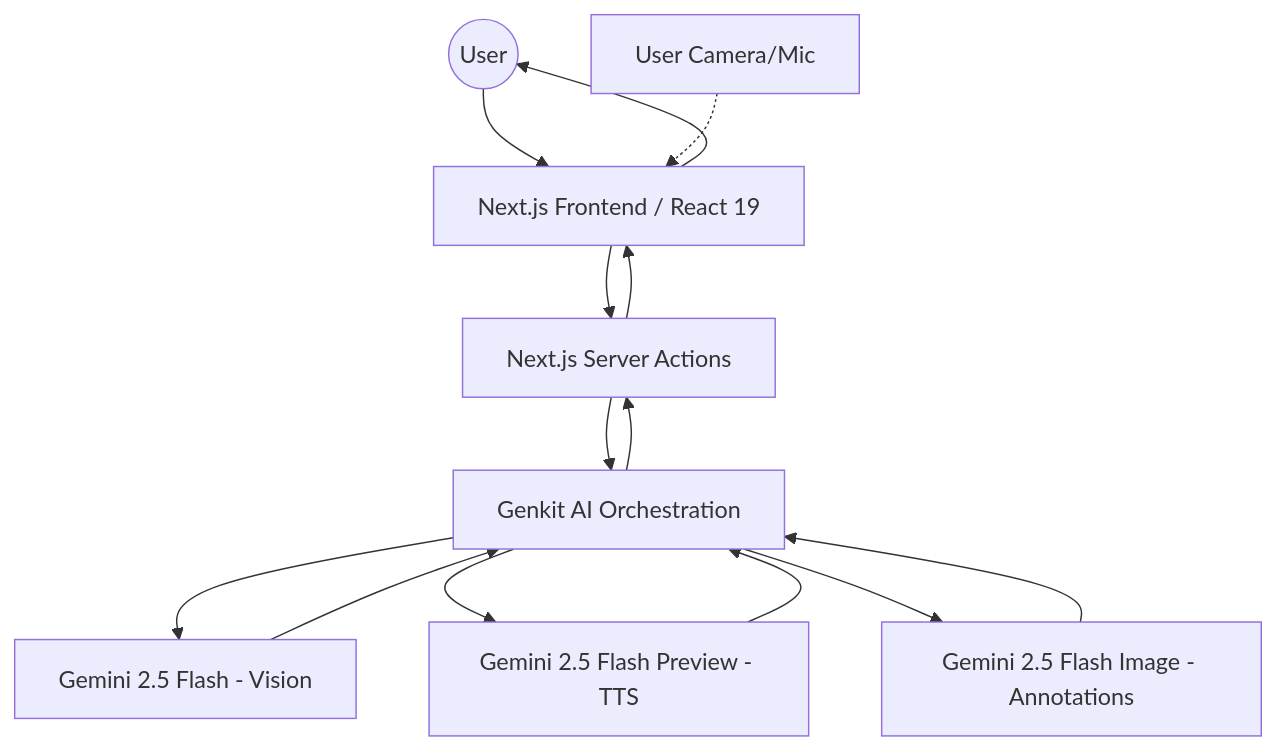
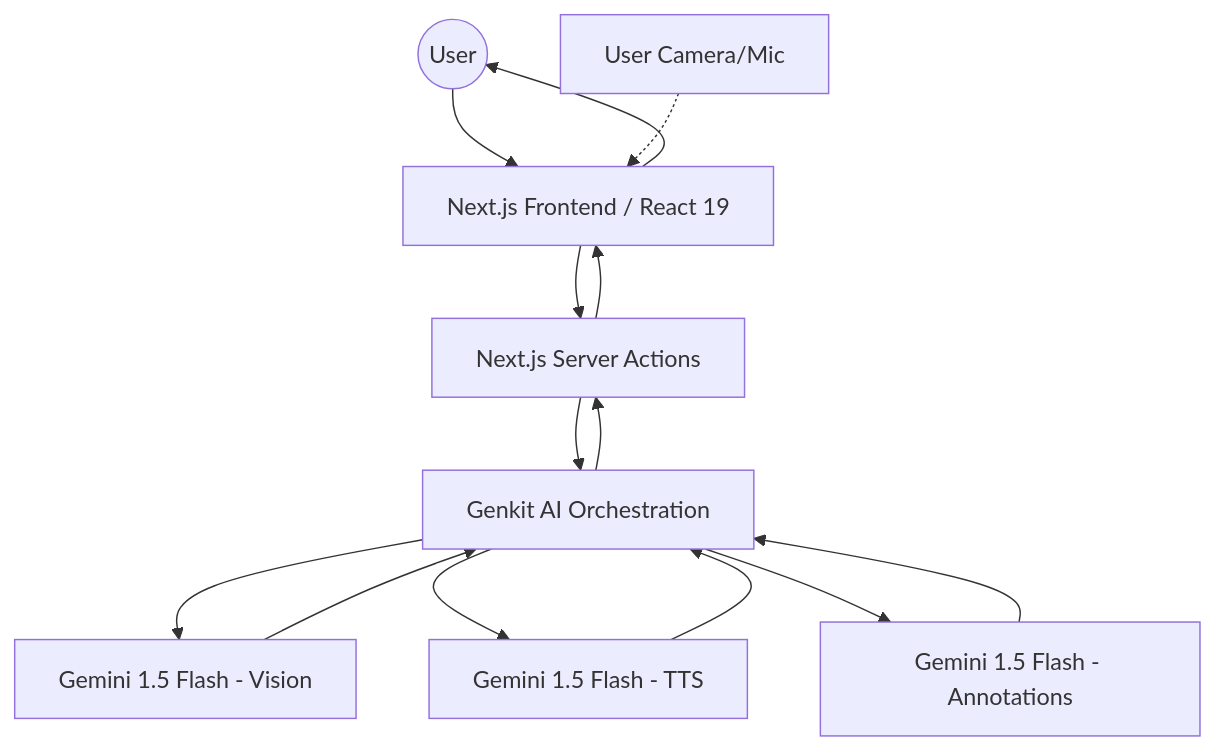
The diagram in README.md (QuisTech/buddy-ai), drawn with Mermaid before and after one commit. The commit also changed other lines of this file and 9 other files, not shown here.

````diff
--- a/README.md
+++ b/README.md
@@ -26,25 +26,25 @@
 ```mermaid
 graph TD
     User((User))
     Webcam[User Camera/Mic]
     Browser[Next.js Frontend / React 19]
     Server[Next.js Server Actions]
     Genkit[Genkit AI Orchestration]
-    GeminiVision[Gemini 2.5 Flash - Vision]
-    GeminiTTS[Gemini 2.5 Flash Preview - TTS]
-    GeminiImage[Gemini 2.5 Flash Image - Annotations]
+    GeminiVision[Gemini 1.5 Flash - Vision]
+    GeminiTTS[Gemini 1.5 Flash - TTS]
+    GeminiImage[Gemini 1.5 Flash - Annotations]
 
     User --> Browser
     Webcam -.-> Browser
     Browser --> Server
     Server --> Genkit
     Genkit --> GeminiVision
     Genkit --> GeminiTTS
     Genkit --> GeminiImage
     GeminiVision --> Genkit
     GeminiTTS --> Genkit
     GeminiImage --> Genkit
     Genkit --> Server
     Server --> Browser
     Browser --> User
 ```
````
